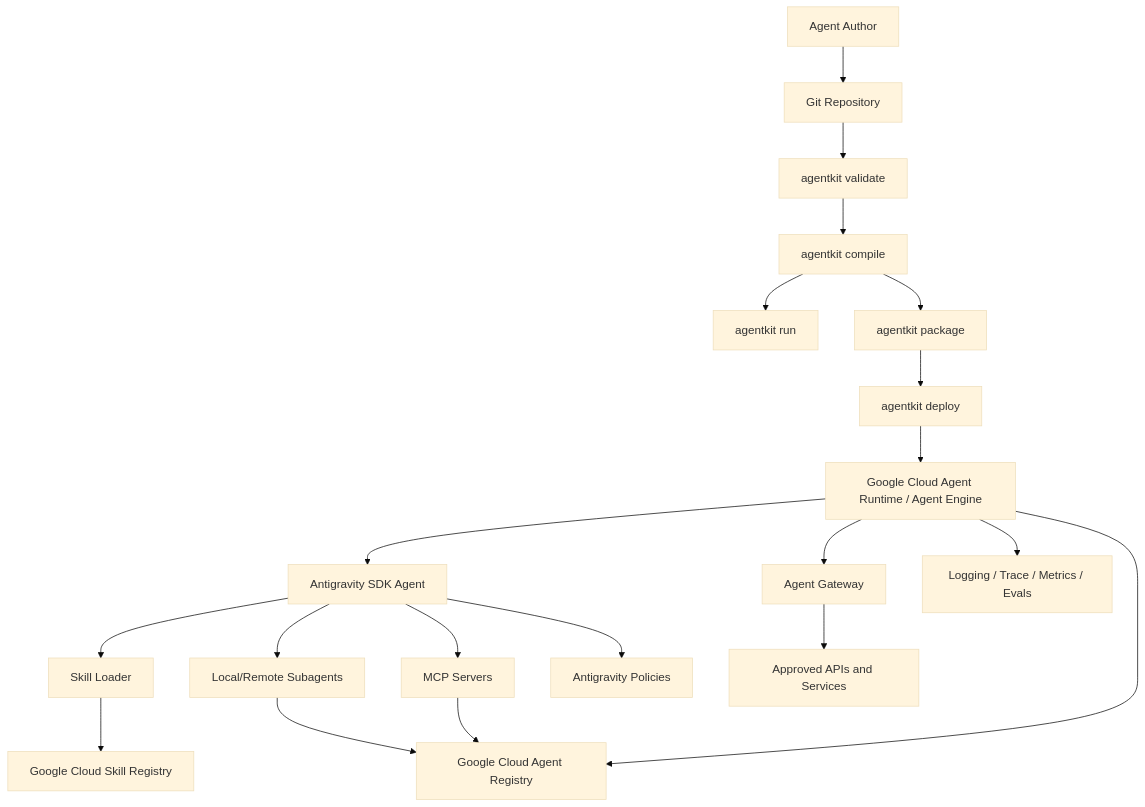
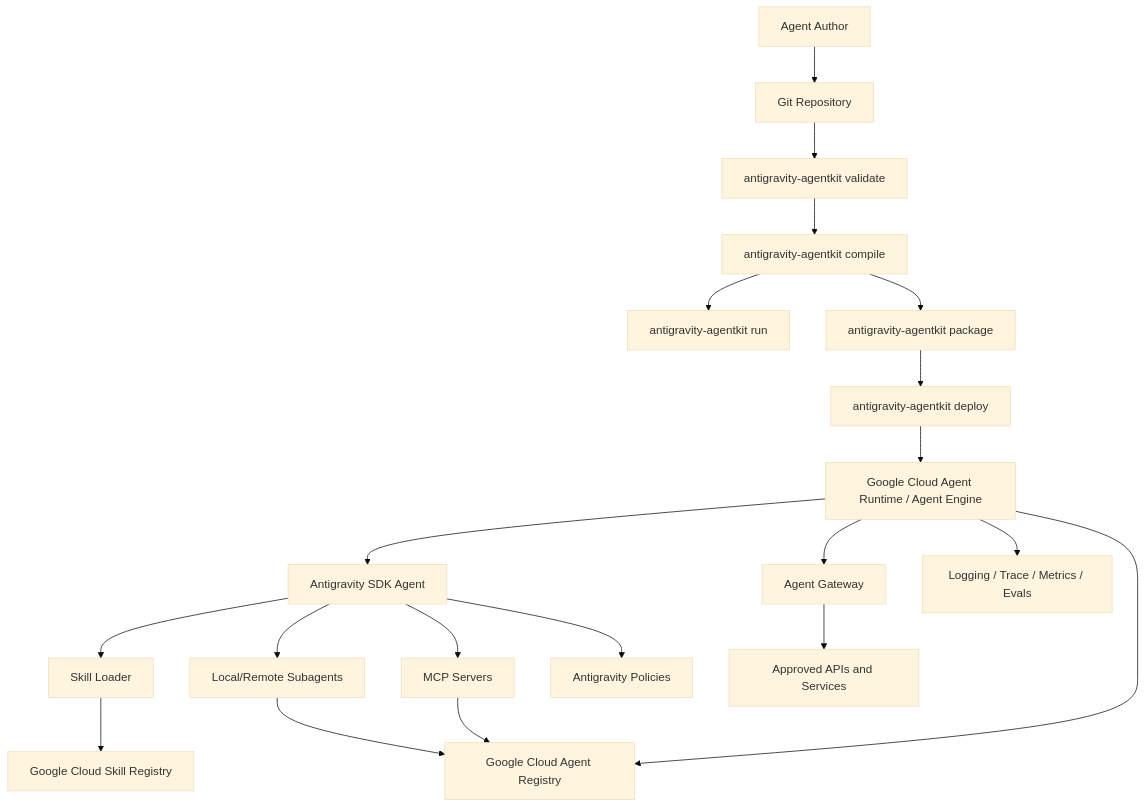
Before and after one commit to yu-iskw/antigravity-agentkit: the first of 3 diagrams in docs/rfcs/0001-declarative-antigravity-agentkit.md, drawn with Mermaid (base theme). The commit also changed other lines of this file and 96 other files, not shown here.

````diff
--- a/docs/rfcs/0001-declarative-antigravity-agentkit.md
+++ b/docs/rfcs/0001-declarative-antigravity-agentkit.md
@@ -286,27 +286,27 @@
 ```mermaid
 flowchart TD
     Author[Agent Author] --> Repo[Git Repository]
-    Repo --> Validate[agentkit validate]
-    Validate --> Compile[agentkit compile]
-    Compile --> LocalRun[agentkit run]
-    Compile --> Package[agentkit package]
-    Package --> Deploy[agentkit deploy]
+    Repo --> Validate[antigravity-agentkit validate]
+    Validate --> Compile[antigravity-agentkit compile]
+    Compile --> LocalRun[antigravity-agentkit run]
+    Compile --> Package[antigravity-agentkit package]
+    Package --> Deploy[antigravity-agentkit deploy]
 
     Deploy --> Runtime[Google Cloud Agent Runtime / Agent Engine]
     Runtime --> Antigravity[Antigravity SDK Agent]
 
     Antigravity --> MCP[MCP Servers]
     Antigravity --> Skills[Skill Loader]
     Antigravity --> Subagents[Local/Remote Subagents]
     Antigravity --> Policies[Antigravity Policies]
 
     Skills --> SkillRegistry[Google Cloud Skill Registry]
     Runtime --> AgentRegistry[Google Cloud Agent Registry]
     MCP --> AgentRegistry
     Subagents --> AgentRegistry
 
     Runtime --> Gateway[Agent Gateway]
     Gateway --> APIs[Approved APIs and Services]
 
     Runtime --> Observability[Logging / Trace / Metrics / Evals]
 ```
````
